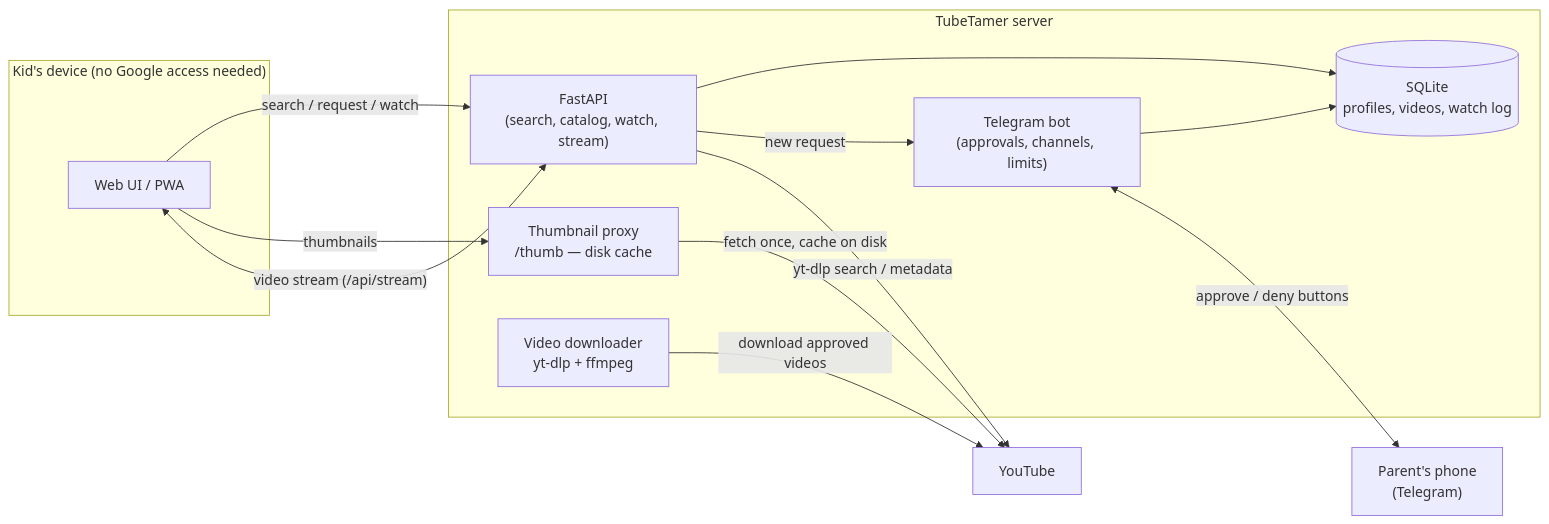
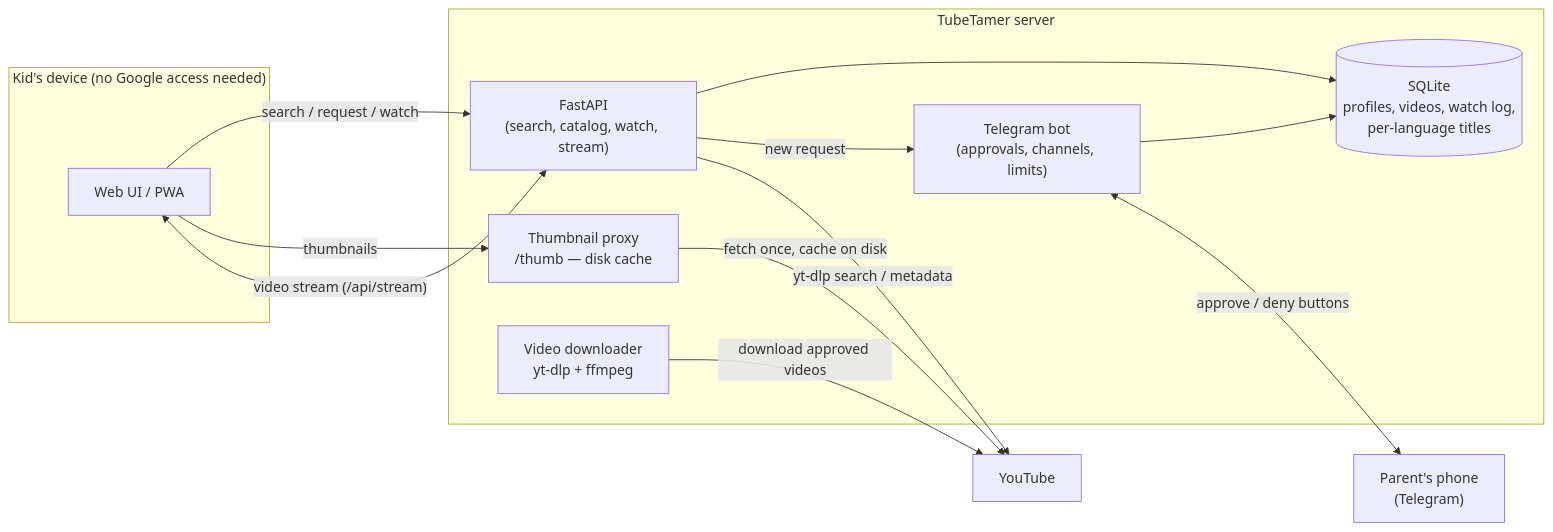
Before and after one commit to SirTerrific/tubetamer: the first of 2 diagrams in docs/architecture.md, drawn with Mermaid. The commit also changed 4 other files, not shown here.

First line of the commit message:
docs: catch up with the language switcher and per-language titles

````diff
--- a/docs/architecture.md
+++ b/docs/architecture.md
@@ -3,28 +3,28 @@
 ```mermaid
 flowchart LR
     subgraph kid["Kid's device (no Google access needed)"]
         UI["Web UI / PWA"]
     end
 
     subgraph server["TubeTamer server"]
         API["FastAPI<br/>(search, catalog, watch, stream)"]
         THUMB["Thumbnail proxy<br/>/thumb — disk cache"]
         DL["Video downloader<br/>yt-dlp + ffmpeg"]
         BOT["Telegram bot<br/>(approvals, channels, limits)"]
-        DB[("SQLite<br/>profiles, videos, watch log")]
+        DB[("SQLite<br/>profiles, videos, watch log,<br/>per-language titles")]
     end
 
     PARENT["Parent's phone<br/>(Telegram)"]
     YT["YouTube"]
 
     UI -->|"search / request / watch"| API
     UI -->|"thumbnails"| THUMB
     UI <-->|"video stream (/api/stream)"| API
     API --> DB
     BOT --> DB
     API -->|"new request"| BOT
     BOT <-->|"approve / deny buttons"| PARENT
     DL -->|"download approved videos"| YT
     THUMB -->|"fetch once, cache on disk"| YT
     API -->|"yt-dlp search / metadata"| YT
 ```
````
